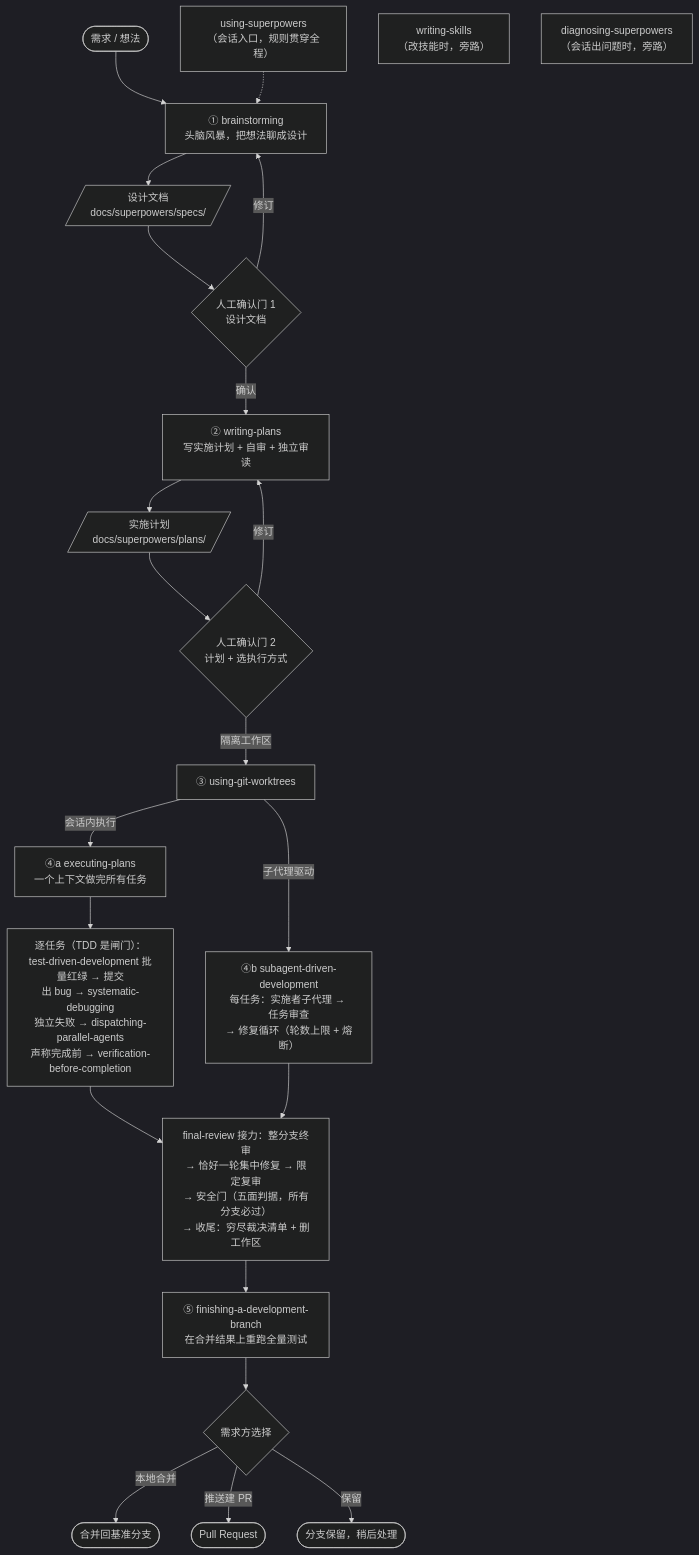
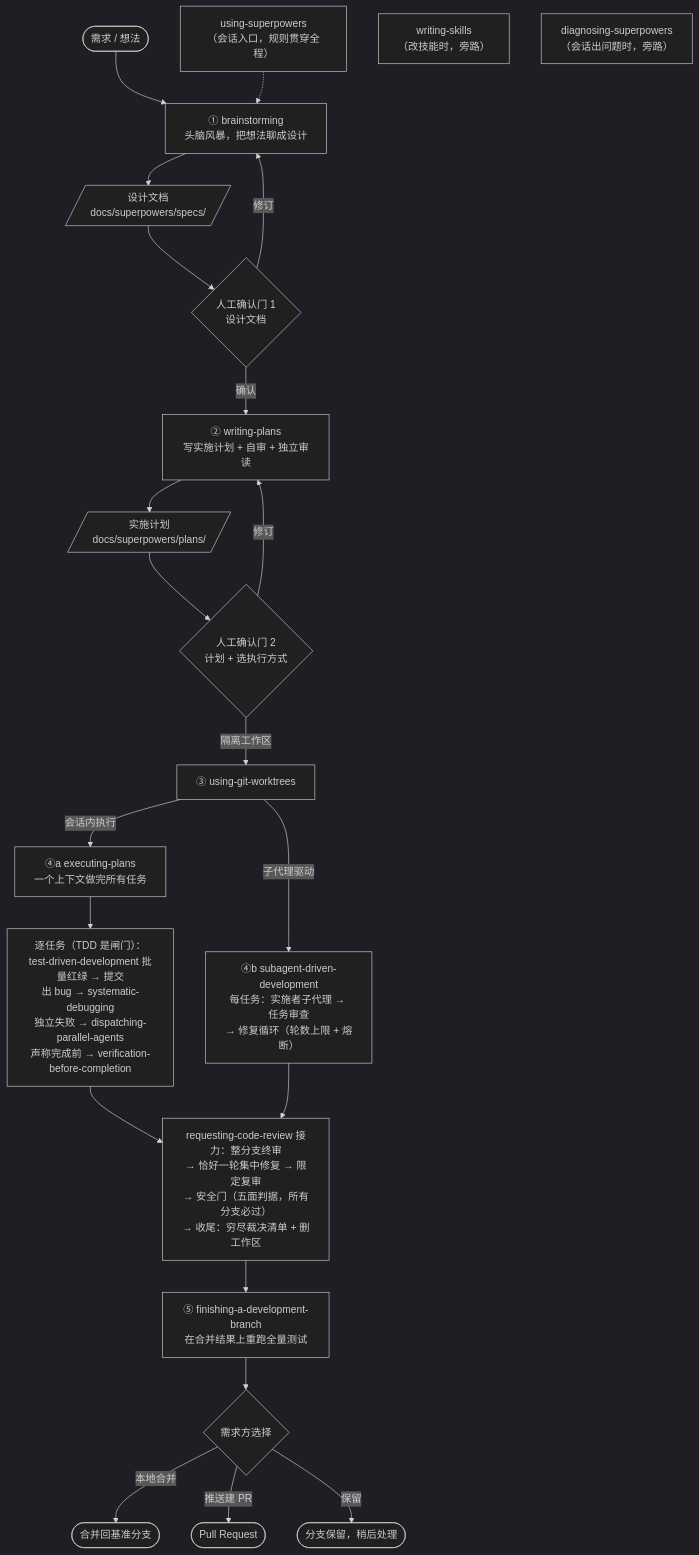
One commit to chuxiao/superpowers changed the diagram in docs/skills-map.md. Above: the diagram before and after it, drawn with Mermaid (dark theme). The commit also changed other lines of this file and 18 other files, not shown here.

First line of the commit message:
技能改名 requesting-code-review 并收录设计与计划文档

````diff
--- a/docs/skills-map.md
+++ b/docs/skills-map.md
@@ -8,31 +8,31 @@
 ```mermaid
 flowchart TD
     US["using-superpowers<br/>（会话入口，规则贯穿全程）"]
     IDEA([需求 / 想法]) --> BS
     US -.-> BS
 
     BS["① brainstorming<br/>头脑风暴，把想法聊成设计"] --> SPEC[/"设计文档<br/>docs/superpowers/specs/"/]
     SPEC --> G1{"人工确认门 1<br/>设计文档"}
     G1 -- "修订" --> BS
     G1 -- "确认" --> WP["② writing-plans<br/>写实施计划 + 自审 + 独立审读"]
     WP --> PLAN[/"实施计划<br/>docs/superpowers/plans/"/]
     PLAN --> G2{"人工确认门 2<br/>计划 + 选执行方式"}
     G2 -- "修订" --> WP
 
     G2 -- "隔离工作区" --> WT["③ using-git-worktrees"]
     WT -- "会话内执行" --> EP["④a executing-plans<br/>一个上下文做完所有任务"]
     WT -- "子代理驱动" --> SDD["④b subagent-driven-development<br/>每任务：实施者子代理 → 任务审查<br/>→ 修复循环（轮数上限 + 熔断）"]
 
     EP --> LOOP["逐任务（TDD 是闸门）：<br/>test-driven-development 批量红绿 → 提交<br/>出 bug → systematic-debugging<br/>独立失败 → dispatching-parallel-agents<br/>声称完成前 → verification-before-completion"]
     LOOP --> CR
 
-    SDD --> CR["final-review 接力：整分支终审<br/>→ 恰好一轮集中修复 → 限定复审<br/>→ 安全门（五面判据，所有分支必过）<br/>→ 收尾：穷尽裁决清单 + 删工作区"]
+    SDD --> CR["requesting-code-review 接力：整分支终审<br/>→ 恰好一轮集中修复 → 限定复审<br/>→ 安全门（五面判据，所有分支必过）<br/>→ 收尾：穷尽裁决清单 + 删工作区"]
     CR --> FIN["⑤ finishing-a-development-branch<br/>在合并结果上重跑全量测试"]
     FIN --> DEC{"需求方选择"}
     DEC -- "本地合并" --> M([合并回基准分支])
     DEC -- "推送建 PR" --> P([Pull Request])
     DEC -- "保留" --> K([分支保留，稍后处理])
 
     WS["writing-skills<br/>（改技能时，旁路）"]
     DS["diagnosing-superpowers<br/>（会话出问题时，旁路）"]
 ```
````
